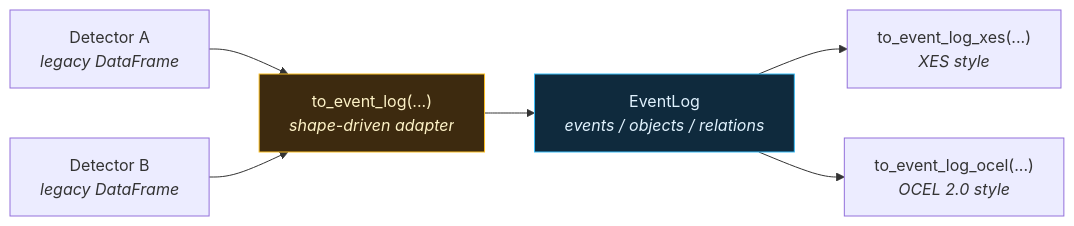
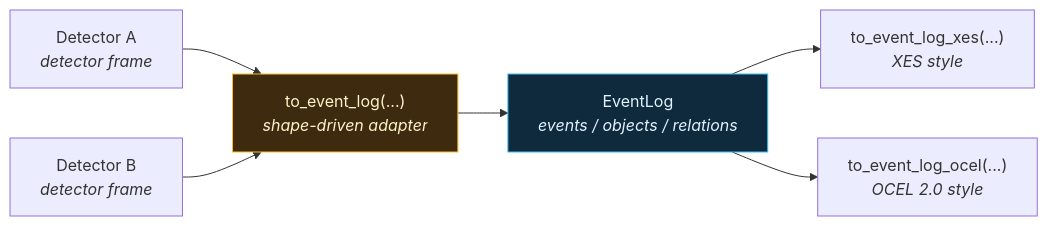
The diagram in docs/guides/eventlog/index.md (ts-shape/ts-shape), drawn with Mermaid before and after one commit. The commit also changed other lines of this file and 235 other files, not shown here.

````diff
--- a/docs/guides/eventlog/index.md
+++ b/docs/guides/eventlog/index.md
@@ -17,17 +17,17 @@
 ```mermaid
 flowchart LR
-    LD1["Detector A<br/><i>legacy DataFrame</i>"]
-    LD2["Detector B<br/><i>legacy DataFrame</i>"]
+    LD1["Detector A<br/><i>detector frame</i>"]
+    LD2["Detector B<br/><i>detector frame</i>"]
     NORM["to_event_log(...)<br/><i>shape-driven adapter</i>"]
     LOG["EventLog<br/><i>events / objects / relations</i>"]
     XES["to_event_log_xes(...)<br/><i>XES style</i>"]
     OCEL["to_event_log_ocel(...)<br/><i>OCEL 2.0 style</i>"]
 
     LD1 --> NORM --> LOG
     LD2 --> NORM
     LOG --> XES
     LOG --> OCEL
 
     style LOG fill:#0f2a3d,stroke:#38bdf8,color:#e0f2fe
     style NORM fill:#3d2a0f,stroke:#fbbf24,color:#fef3c7
 ```
````
